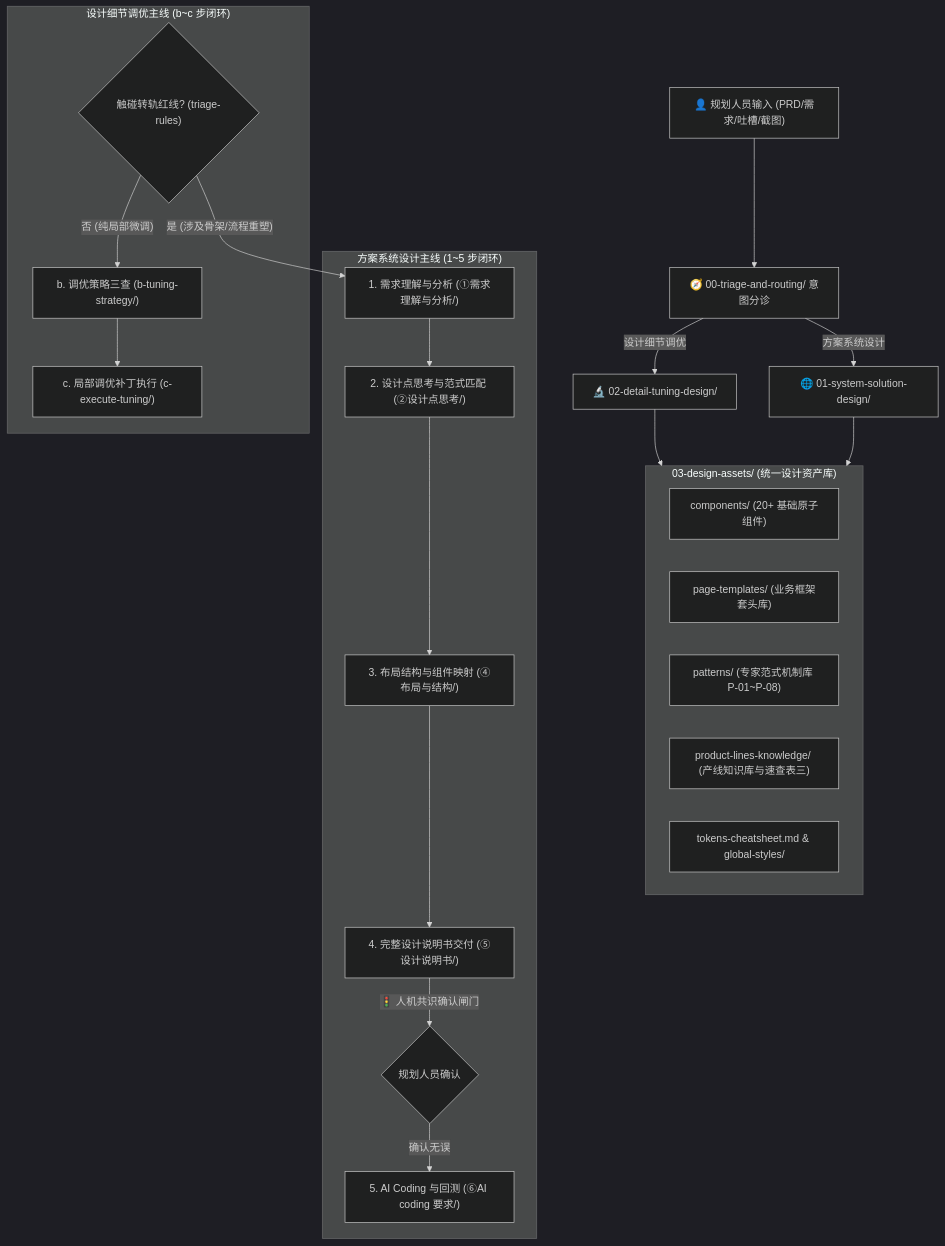
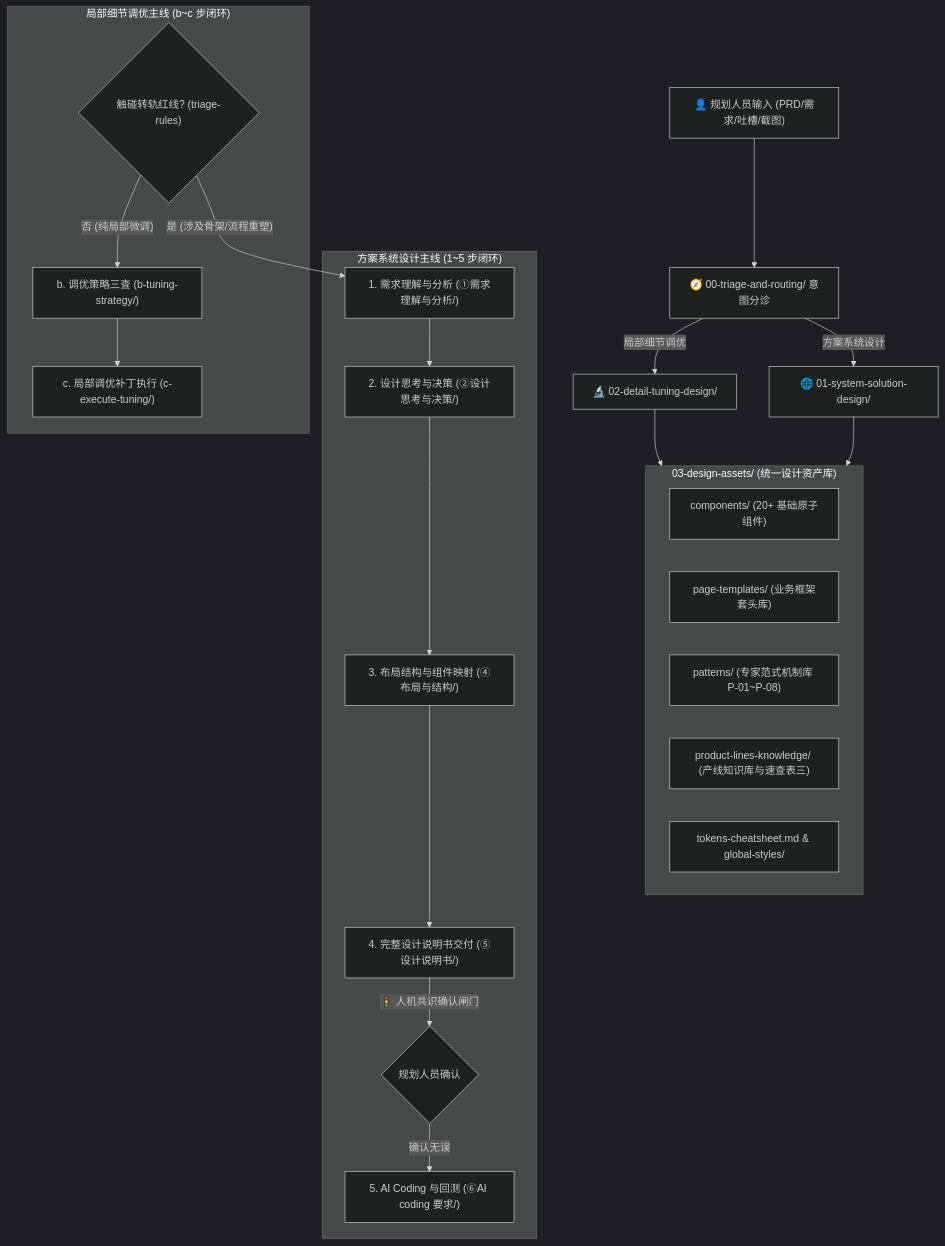
One commit to wangjue2026/skill-designer-prism changed the diagram in README.md. Above: the diagram before and after it, drawn with Mermaid (dark theme). The commit also changed other lines of this file and 39 other files, not shown here.

````diff
--- a/README.md
+++ b/README.md
@@ -11,36 +12,36 @@
 ```mermaid
 graph TD
     User["👤 规划人员输入 (PRD/需求/吐槽/截图)"] --> Triage["🧭 00-triage-and-routing/ 意图分诊"]
     
     Triage -->|"方案系统设计"| Macro["🌐 01-system-solution-design/"]
-    Triage -->|"设计细节调优"| Micro["🔬 02-detail-tuning-design/"]
+    Triage -->|"局部细节调优"| Micro["🔬 02-detail-tuning-design/"]
     
     subgraph MacroPath ["方案系统设计主线 (1~5 步闭环)"]
         M1["1. 需求理解与分析 (①需求理解与分析/)"]
-        M2["2. 设计点思考与范式匹配 (②设计点思考/)"]
+        M2["2. 设计思考与决策 (②设计思考与决策/)"]
         M3["3. 布局结构与组件映射 (④布局与结构/)"]
         M4["4. 完整设计说明书交付 (⑤设计说明书/)"]
         M5["5. AI Coding 与回测 (⑥AI coding 要求/)"]
         M1 --> M2 --> M3 --> M4
         M4 -->|"🚦 人机共识确认闸门"| Gate{"规划人员确认"}
         Gate -->|"确认无误"| M5
     end
     
-    subgraph MicroPath ["设计细节调优主线 (b~c 步闭环)"]
+    subgraph MicroPath ["局部细节调优主线 (b~c 步闭环)"]
         Esc{"触碰转轨红线? (triage-rules)"}
         Esc -->|"是 (涉及骨架/流程重塑)"| M1
         Esc -->|"否 (纯局部微调)"| m2["b. 调优策略三查 (b-tuning-strategy/)"]
         m2 --> m3["c. 局部调优补丁执行 (c-execute-tuning/)"]
     end
     
     subgraph Assets ["03-design-assets/ (统一设计资产库)"]
         Comps["components/ (20+ 基础原子组件)"]
         Pages["page-templates/ (业务框架套头库)"]
         Patterns["patterns/ (专家范式机制库 P-01~P-08)"]
         PKB["product-lines-knowledge/ (产线知识库与速查表三)"]
         Tokens["tokens-cheatsheet.md & global-styles/"]
     end
 
     Macro --> Assets
     Micro --> Assets
 ```
````
